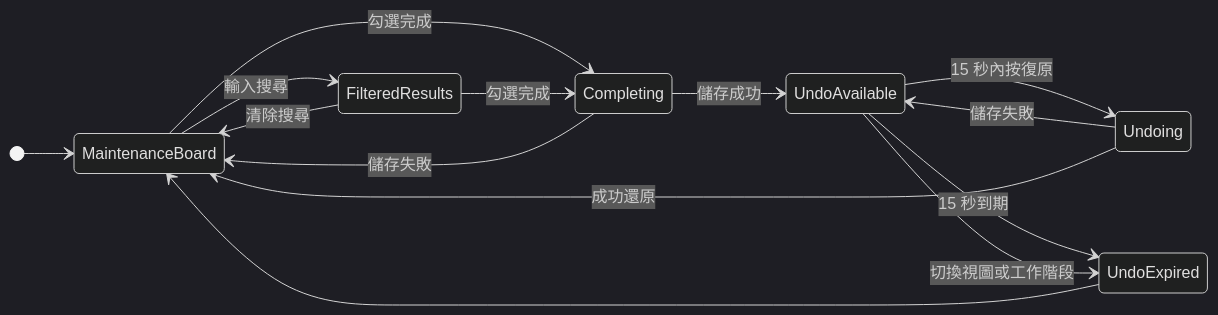
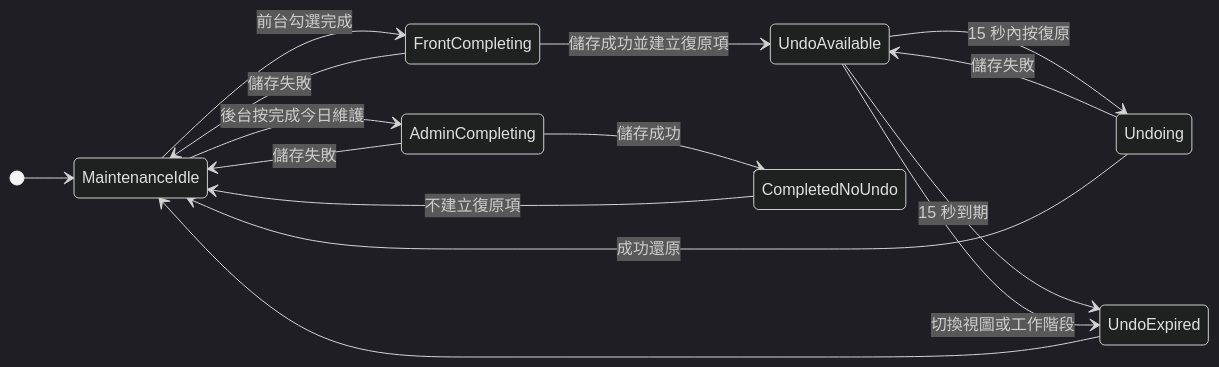
Before and after one commit to Ansenchen123/factory-manager-portable: the tenth of 15 diagrams in docs/state-machine.md, drawn with Mermaid (dark theme). The commit also changed other lines of this file, not shown here.

````diff
--- a/docs/state-machine.md
+++ b/docs/state-machine.md
@@ -304,18 +370,19 @@
 ```mermaid
 stateDiagram-v2
     direction LR
 
-    [*] --> MaintenanceBoard
-    MaintenanceBoard --> FilteredResults: 輸入搜尋
-    FilteredResults --> MaintenanceBoard: 清除搜尋
-    MaintenanceBoard --> Completing: 勾選完成
-    FilteredResults --> Completing: 勾選完成
-    Completing --> MaintenanceBoard: 儲存失敗
-    Completing --> UndoAvailable: 儲存成功
+    [*] --> MaintenanceIdle
+    MaintenanceIdle --> FrontCompleting: 前台勾選完成
+    MaintenanceIdle --> AdminCompleting: 後台按完成今日維護
+    FrontCompleting --> MaintenanceIdle: 儲存失敗
+    FrontCompleting --> UndoAvailable: 儲存成功並建立復原項
+    AdminCompleting --> MaintenanceIdle: 儲存失敗
+    AdminCompleting --> CompletedNoUndo: 儲存成功
+    CompletedNoUndo --> MaintenanceIdle: 不建立復原項
     UndoAvailable --> Undoing: 15 秒內按復原
     UndoAvailable --> UndoExpired: 15 秒到期
     UndoAvailable --> UndoExpired: 切換視圖或工作階段
     Undoing --> UndoAvailable: 儲存失敗
-    Undoing --> MaintenanceBoard: 成功還原
-    UndoExpired --> MaintenanceBoard
+    Undoing --> MaintenanceIdle: 成功還原
+    UndoExpired --> MaintenanceIdle
 ```
````
